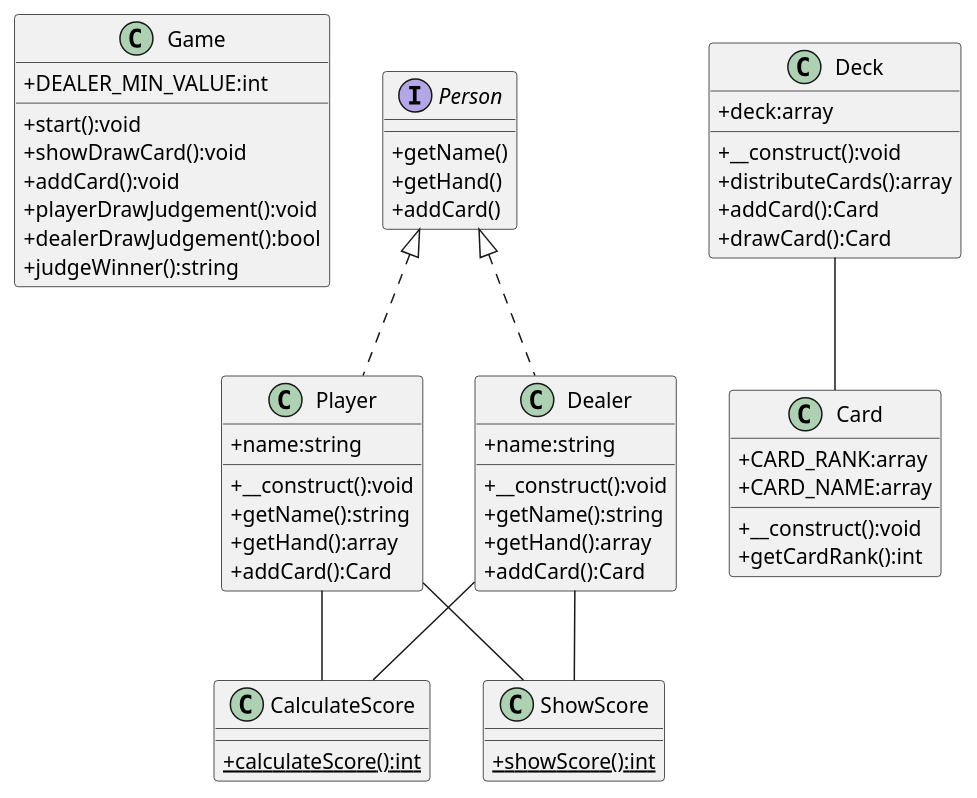
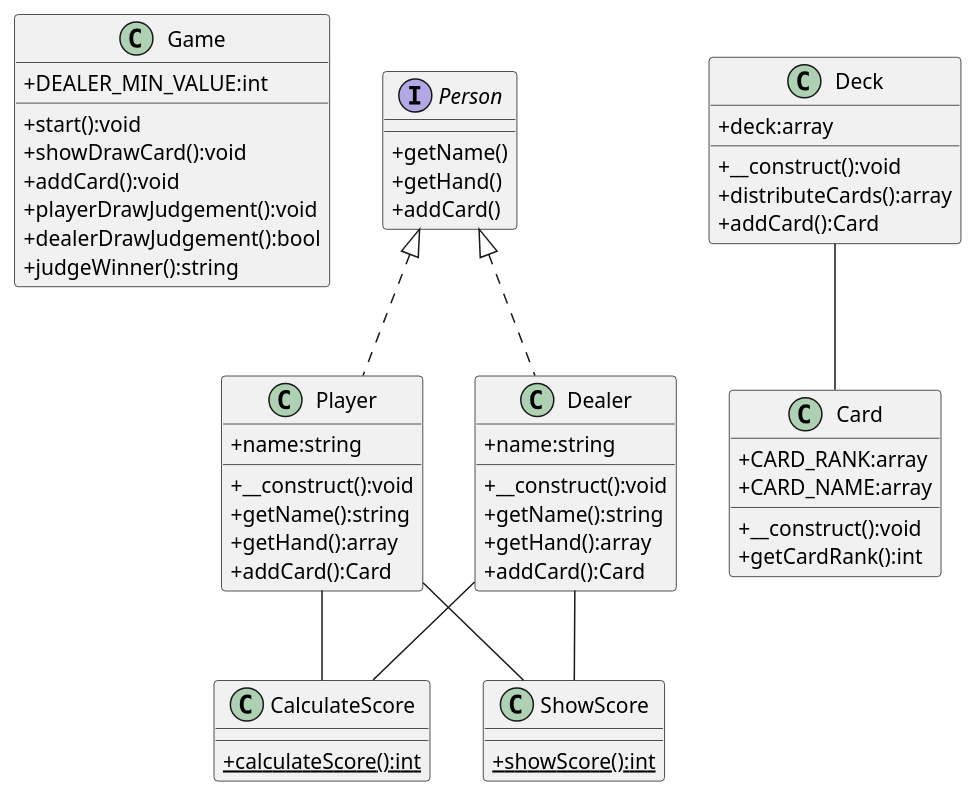
Before and after one commit to tneofull/BlackJack: the diagram in class.pu, drawn with PlantUML. The commit also changed 7 other files, not shown here.

```diff
--- a/class.pu
+++ b/class.pu
@@ -1,70 +1,69 @@
 @startuml
 skinparam classAttributeIconSize 0
 
 class Game {
   +DEALER_MIN_VALUE:int
   +start():void
   +showDrawCard():void
   +addCard():void
   +playerDrawJudgement():void
   +dealerDrawJudgement():bool
   +judgeWinner():string
 }
 
 interface Person {
   +getName()
   +getHand()
   +addCard()
 }
 
 class Player implements Person {
   +name:string
   +__construct():void
   +getName():string
   +getHand():array
   +addCard():Card
 }
 
 class Dealer implements Person {
   +name:string
   +__construct():void
   +getName():string
   +getHand():array
   +addCard():Card
 }
 
 class Card {
   +CARD_RANK:array
   +CARD_NAME:array
   ' -suit:string
   ' -num:string
   +__construct():void
   +getCardRank():int
   ' +getSuit():string
   ' +getNum():mixed
   ' +getCardName():string
 }
 
 class Deck {
   +deck:array
   +__construct():void
   +distributeCards():array
   +addCard():Card
-  +drawCard():Card
 }
 
 class CalculateScore {
   {static}+calculateScore():int
 }
 
 class ShowScore {
   {static}+showScore():int
 }
 
 Player -- CalculateScore
 Dealer -- CalculateScore
 Player -- ShowScore
 Dealer -- ShowScore
 Deck -- Card
 
 @enduml
```
